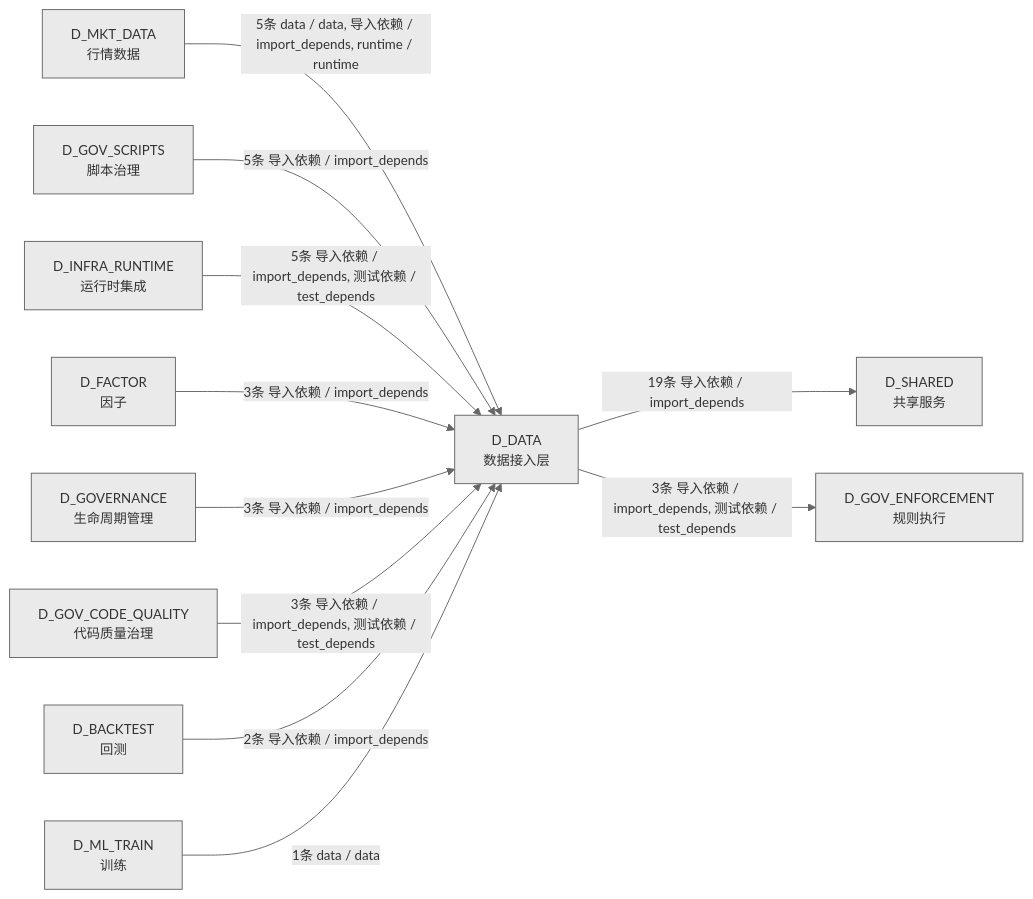
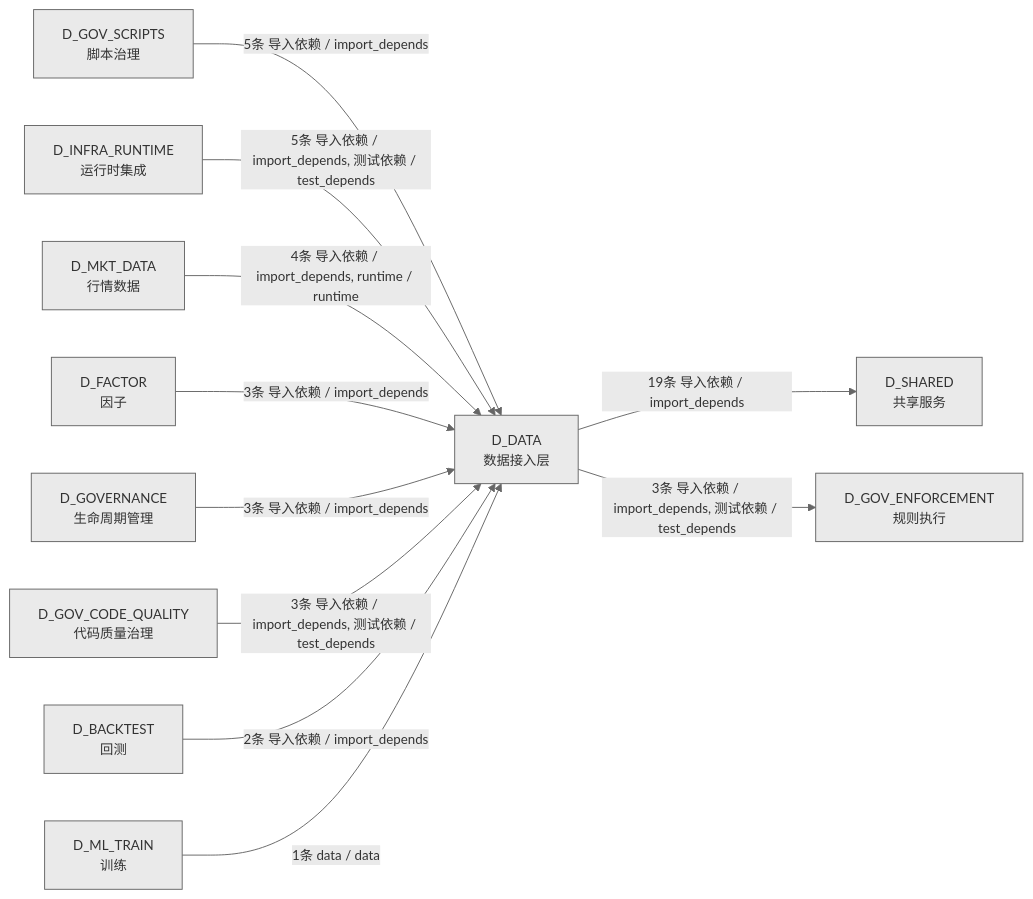
The fourth of 4 diagrams in docs/02_enterprise_architecture/02_domain_architecture_docs/11_d_data.md (xuanFelixVan/ZephyrAlpha), drawn with Mermaid before and after one commit. The commit also changed other lines of this file and 49 other files, not shown here.

````diff
--- a/docs/02_enterprise_architecture/02_domain_architecture_docs/11_d_data.md
+++ b/docs/02_enterprise_architecture/02_domain_architecture_docs/11_d_data.md
@@ -1373,25 +1372,25 @@
 ```mermaid
 %%{init: {'theme': 'base', 'themeVariables': {'primaryColor': '#eaeaea', 'primaryTextColor': '#333333', 'primaryBorderColor': '#666666', 'lineColor': '#666666', 'secondaryColor': '#eaeaea', 'tertiaryColor': '#eaeaea', 'fontSize': '14px'}}}%%
 graph LR
     D_DATA["D_DATA<br/>数据接入层"]
     D_SHARED["D_SHARED<br/>共享服务"]
     D_GOV_ENFORCEMENT["D_GOV_ENFORCEMENT<br/>规则执行"]
-    D_MKT_DATA["D_MKT_DATA<br/>行情数据"]
     D_GOV_SCRIPTS["D_GOV_SCRIPTS<br/>脚本治理"]
     D_INFRA_RUNTIME["D_INFRA_RUNTIME<br/>运行时集成"]
+    D_MKT_DATA["D_MKT_DATA<br/>行情数据"]
     D_FACTOR["D_FACTOR<br/>因子"]
     D_GOVERNANCE["D_GOVERNANCE<br/>生命周期管理"]
     D_GOV_CODE_QUALITY["D_GOV_CODE_QUALITY<br/>代码质量治理"]
     D_BACKTEST["D_BACKTEST<br/>回测"]
     D_ML_TRAIN["D_ML_TRAIN<br/>训练"]
     D_DATA -->|19条 导入依赖 / import_depends| D_SHARED
     D_DATA -->|3条 导入依赖 / import_depends, 测试依赖 / test_depends| D_GOV_ENFORCEMENT
-    D_MKT_DATA -->|5条 data / data, 导入依赖 / import_depends, runtime / runtime| D_DATA
     D_GOV_SCRIPTS -->|5条 导入依赖 / import_depends| D_DATA
     D_INFRA_RUNTIME -->|5条 导入依赖 / import_depends, 测试依赖 / test_depends| D_DATA
+    D_MKT_DATA -->|4条 导入依赖 / import_depends, runtime / runtime| D_DATA
     D_FACTOR -->|3条 导入依赖 / import_depends| D_DATA
     D_GOVERNANCE -->|3条 导入依赖 / import_depends| D_DATA
     D_GOV_CODE_QUALITY -->|3条 导入依赖 / import_depends, 测试依赖 / test_depends| D_DATA
     D_BACKTEST -->|2条 导入依赖 / import_depends| D_DATA
     D_ML_TRAIN -->|1条 data / data| D_DATA
 ```
````
